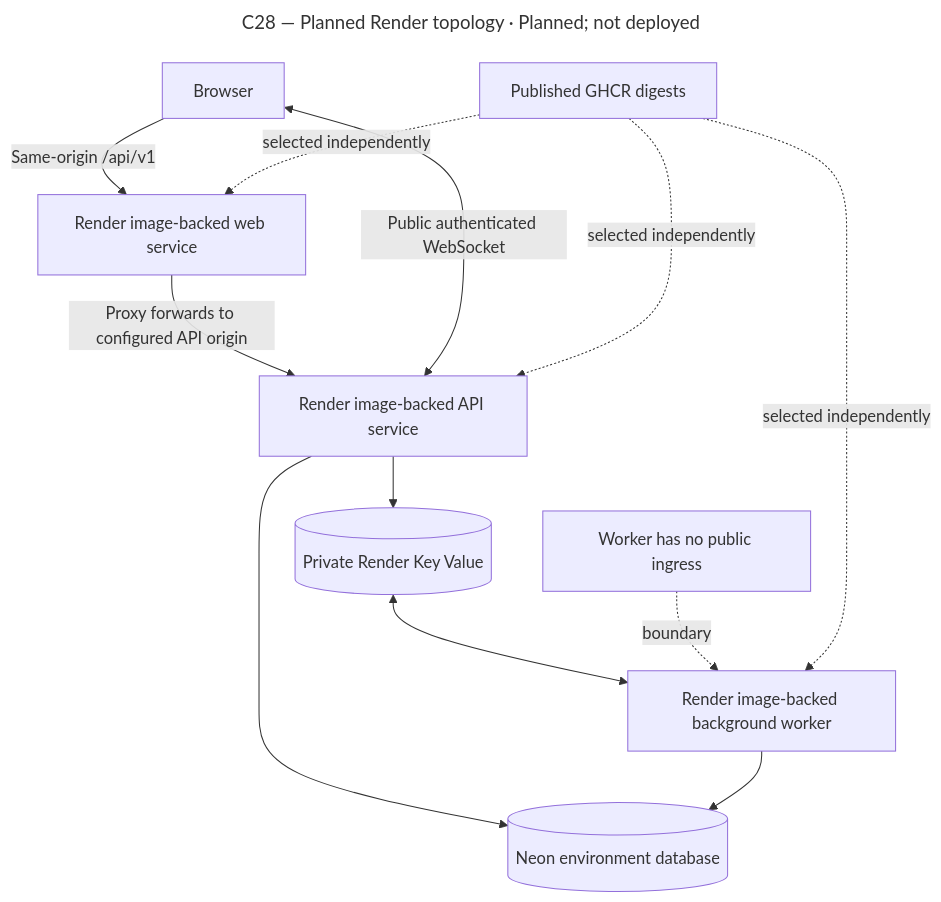
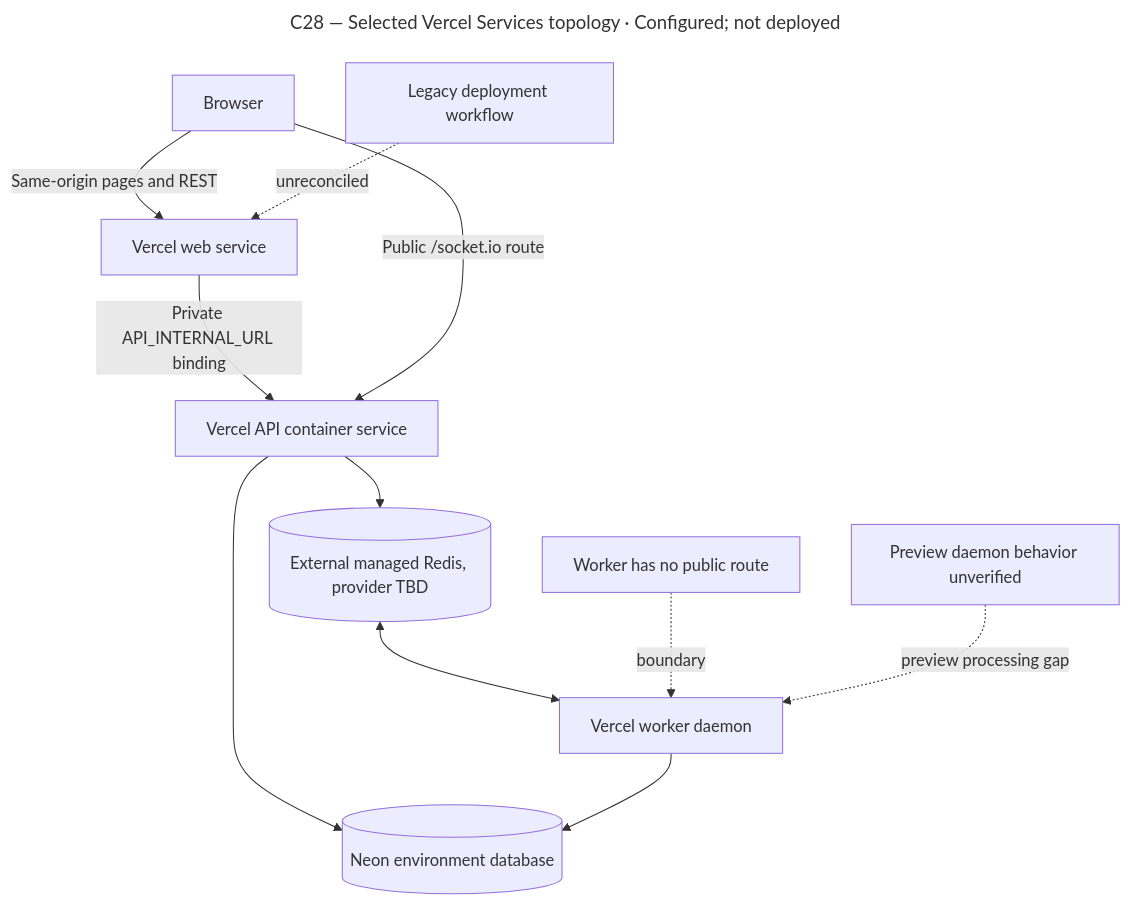
One commit to ashvir99260/flowboard changed the diagram in docs/diagrams/sources/c28-planned-render-topology.mmd. Above: the diagram before and after it, drawn with Mermaid. The commit also changed 28 other files, not shown here.

Commit message:
feat: configure vercel multi-service deployment

```diff
--- a/docs/diagrams/sources/c28-planned-render-topology.mmd
+++ b/docs/diagrams/sources/c28-planned-render-topology.mmd
@@ -1,15 +1,14 @@
 ---
-title: "C28 — Planned Render topology · Planned; not deployed"
+title: "C28 — Selected Vercel Services topology · Configured; not deployed"
 ---
 flowchart TD
-  Browser[Browser] -->|Same-origin /api/v1| Web[Render image-backed web service]
-  Web -->|Proxy forwards to configured API origin| API[Render image-backed API service]
-  Browser <-->|Public authenticated WebSocket| API
+  Browser[Browser] -->|Same-origin pages and REST| Web[Vercel web service]
+  Web -->|Private API_INTERNAL_URL binding| API[Vercel API container service]
+  Browser -->|Public /socket.io route| API
   API --> DB[(Neon environment database)]
-  API --> Redis[(Private Render Key Value)]
-  Redis <--> Worker[Render image-backed background worker]
+  API --> Redis[(External managed Redis, provider TBD)]
+  Redis <--> Worker[Vercel worker daemon]
   Worker --> DB
-  NoIngress[Worker has no public ingress] -. boundary .-> Worker
-  Images[Published GHCR digests] -. selected independently .-> Web
-  Images -. selected independently .-> API
-  Images -. selected independently .-> Worker
+  NoIngress[Worker has no public route] -. boundary .-> Worker
+  Workflow[Legacy deployment workflow] -. unreconciled .-> Web
+  Preview[Preview daemon behavior unverified] -. preview processing gap .-> Worker
```
